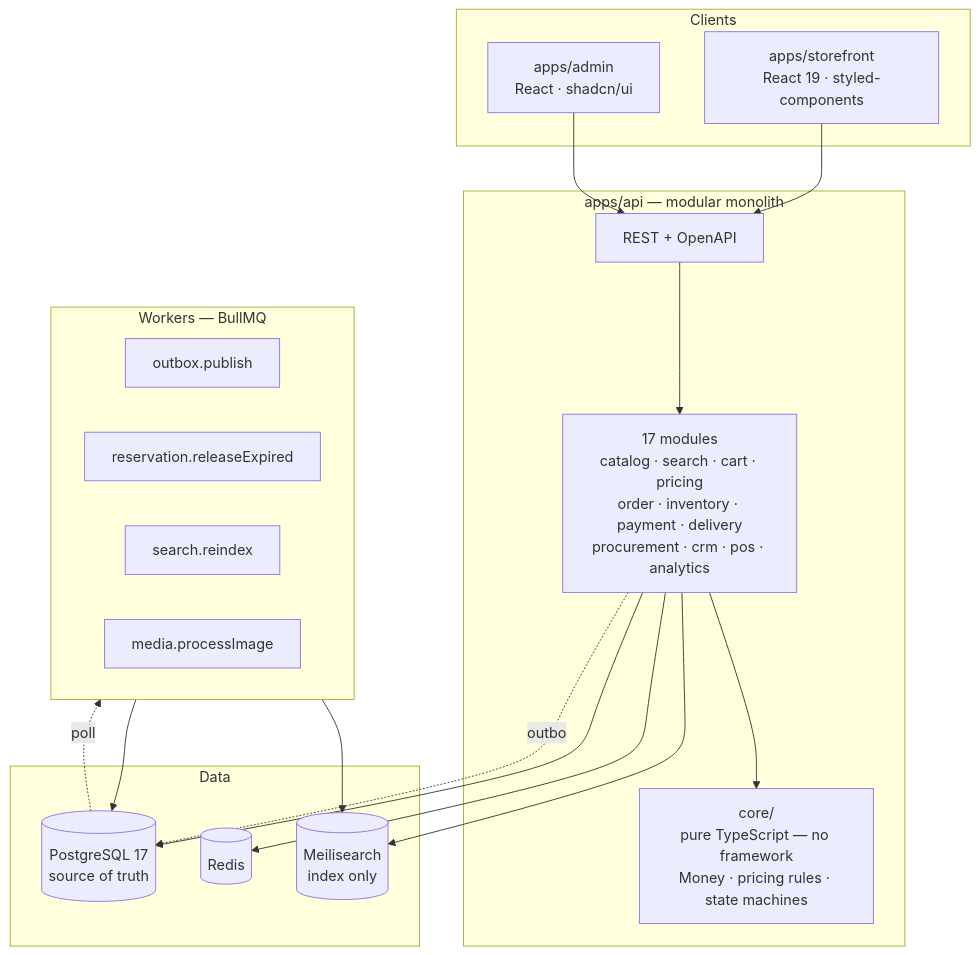
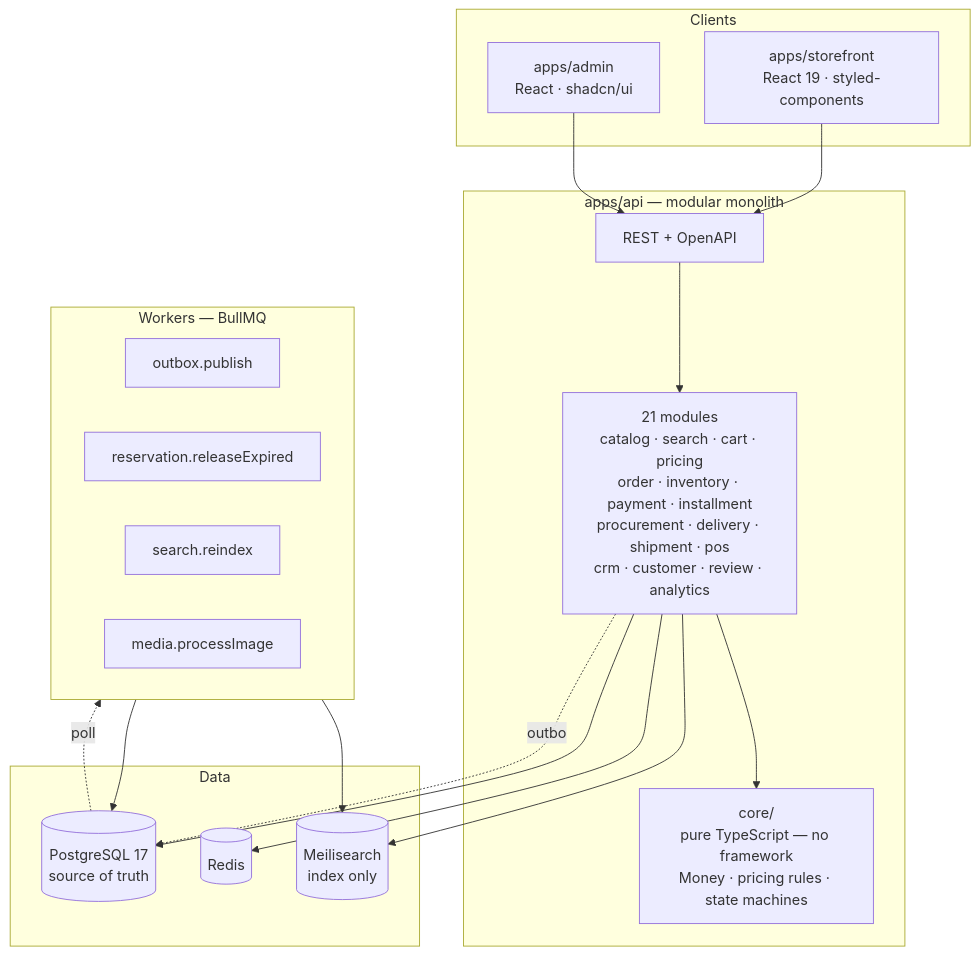
One commit to Sarvarbek0704/kelvin changed the diagram in README.md. Above: the diagram before and after it, drawn with Mermaid. The commit also changed other lines of this file and 339 other files, not shown here.

````diff
--- a/README.md
+++ b/README.md
@@ -76,38 +82,38 @@
 ```mermaid
 graph TB
     subgraph Clients
         SF["apps/storefront<br/>React 19 · styled-components"]
         AD["apps/admin<br/>React · shadcn/ui"]
     end
 
     subgraph API["apps/api — modular monolith"]
         H["REST + OpenAPI"]
-        M["17 modules<br/>catalog · search · cart · pricing<br/>order · inventory · payment · delivery<br/>procurement · crm · pos · analytics"]
+        M["21 modules<br/>catalog · search · cart · pricing<br/>order · inventory · payment · installment<br/>procurement · delivery · shipment · pos<br/>crm · customer · review · analytics"]
         C["core/<br/>pure TypeScript — no framework<br/>Money · pricing rules · state machines"]
     end
 
     subgraph W["Workers — BullMQ"]
         W1["outbox.publish"]
         W2["reservation.releaseExpired"]
         W3["search.reindex"]
         W4["media.processImage"]
     end
 
     subgraph D["Data"]
         PG[("PostgreSQL 17<br/>source of truth")]
         RD[("Redis")]
         MS[("Meilisearch<br/>index only")]
     end
 
     SF --> H
     AD --> H
     H --> M
     M --> C
     M --> PG
     M --> RD
     M --> MS
     M -.outbox.-> PG
     PG -.poll.-> W
     W --> PG
     W --> MS
 ```
````
